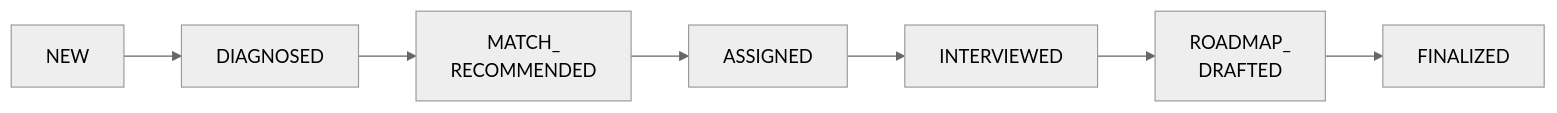
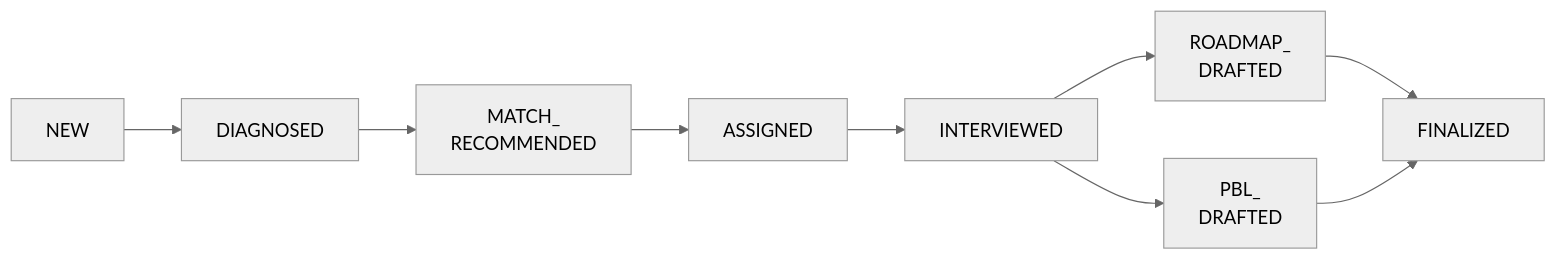
Before and after one commit to BaekKyunShin/KPC-AX-Roadmap-Dashboard: the second of 6 diagrams in README.md, drawn with Mermaid (neutral theme). The commit also changed other lines of this file, not shown here.

````diff
--- a/README.md
+++ b/README.md
@@ -85,9 +92,11 @@
 ```mermaid
 flowchart LR
     A["NEW"] --> B["DIAGNOSED"]
     B --> C["MATCH_<br>RECOMMENDED"]
     C --> D["ASSIGNED"]
     D --> E["INTERVIEWED"]
-    E --> F["ROADMAP_<br>DRAFTED"]
-    F --> G["FINALIZED"]
+    E --> F1["ROADMAP_<br>DRAFTED"]
+    E --> F2["PBL_<br>DRAFTED"]
+    F1 --> G["FINALIZED"]
+    F2 --> G
 ```
````
